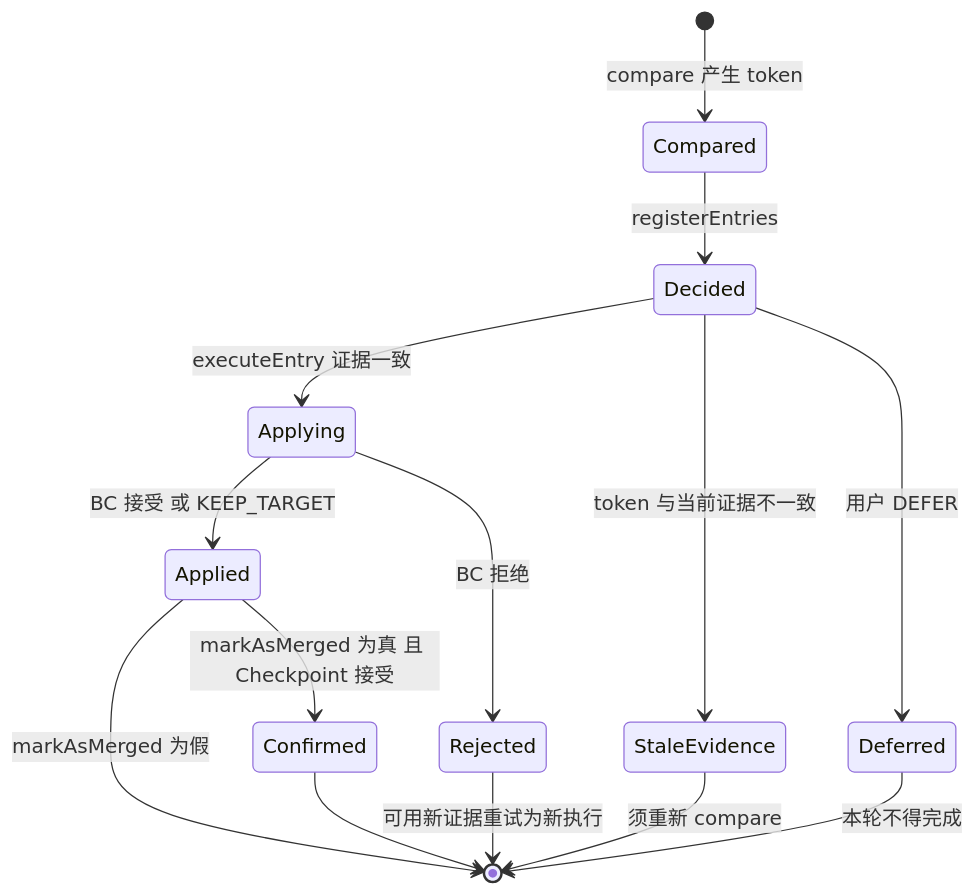
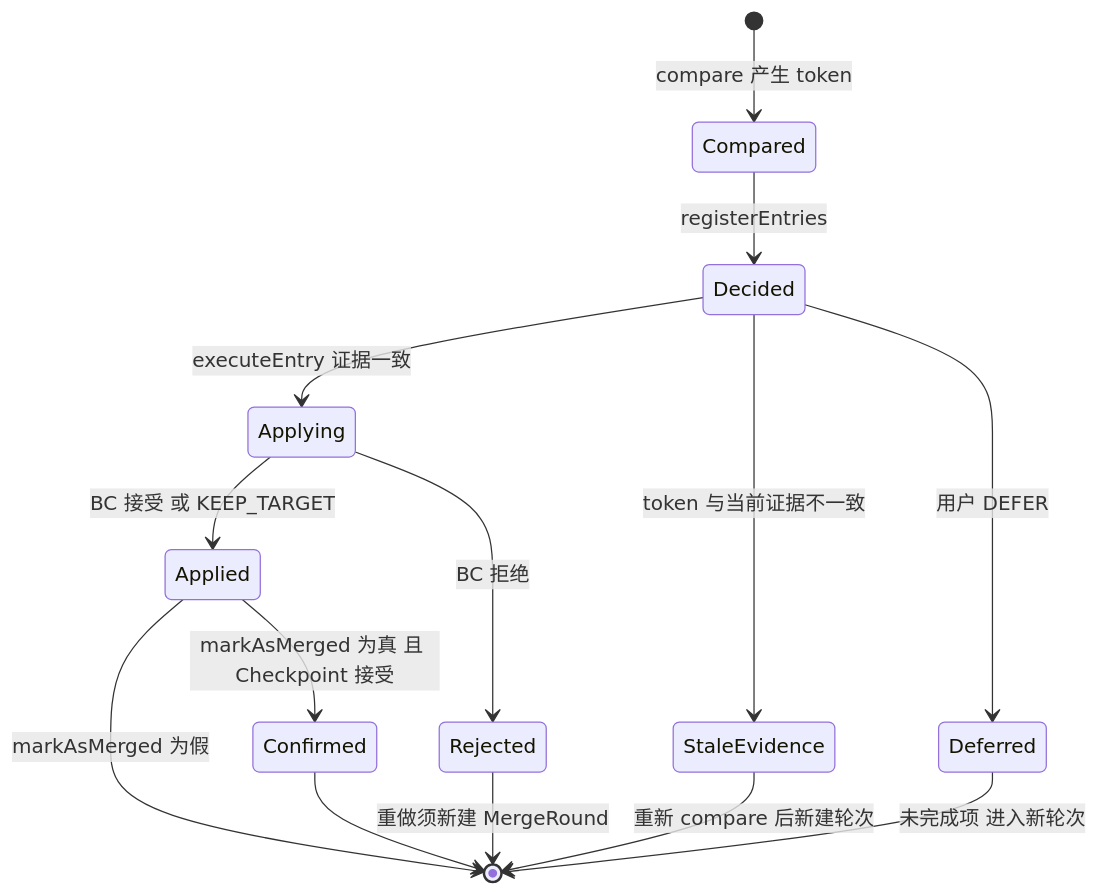
Before and after one commit to Greytrack/ddd-workingset: the second of 3 diagrams in docs/working-set/diagrams/merge-entry-lifecycle.md, drawn with Mermaid. The commit also changed other lines of this file and 10 other files, not shown here.

First line of the commit message:
docs(工作集) 裁定 MergeRound 一次执行即终态并同步 T1 契约

````diff
--- a/docs/working-set/diagrams/merge-entry-lifecycle.md
+++ b/docs/working-set/diagrams/merge-entry-lifecycle.md
@@ -78,16 +86,16 @@
 ```mermaid
 stateDiagram-v2
     [*] --> Compared: compare 产生 token
     Compared --> Decided: registerEntries
     Decided --> StaleEvidence: token 与当前证据不一致
     Decided --> Deferred: 用户 DEFER
     Decided --> Applying: executeEntry 证据一致
     Applying --> Applied: BC 接受 或 KEEP_TARGET
     Applying --> Rejected: BC 拒绝
     Applied --> Confirmed: markAsMerged 为真 且 Checkpoint 接受
     Applied --> [*]: markAsMerged 为假
     Confirmed --> [*]
-    Rejected --> [*]: 可用新证据重试为新执行
-    StaleEvidence --> [*]: 须重新 compare
-    Deferred --> [*]: 本轮不得完成
+    Rejected --> [*]: 重做须新建 MergeRound
+    StaleEvidence --> [*]: 重新 compare 后新建轮次
+    Deferred --> [*]: 未完成项 进入新轮次
 ```
````
